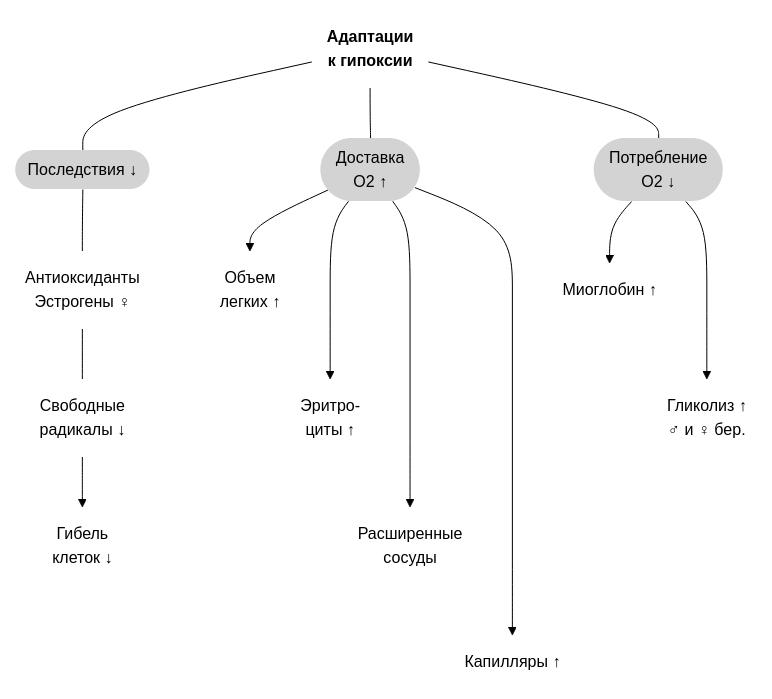
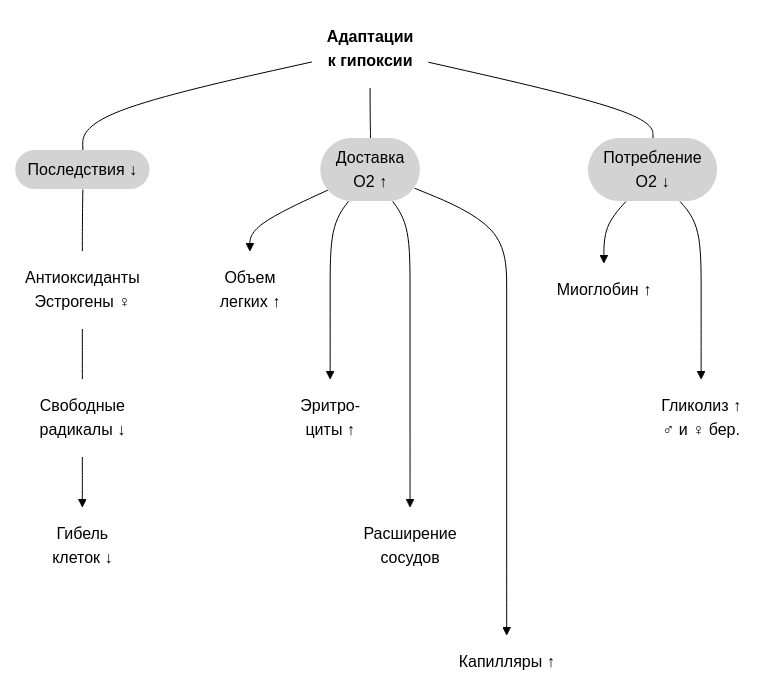
The fifth of 5 diagrams in content/notes/2023-0416-2200.Адаптации к гипоксии.md (ekaterina-o/ekaterina-o.github.io), drawn with Mermaid (forest theme) before and after one commit. The commit also changed other lines of this file, not shown here.

````diff
--- a/content/notes/2023-0416-2200.Адаптации к гипоксии.md
+++ b/content/notes/2023-0416-2200.Адаптации к гипоксии.md
@@ -230,37 +203,37 @@
 ```mermaid
 flowchart TD
 
 ГП("Адаптации\n к гипоксии")
 
 ПС(["Последствия ↓"])
 АН("Антиоксиданты\n Эстрогены ♀")
 СВ("Свободные\n радикалы ↓")
 ГБ("Гибель\n клеток ↓")
 
 ДС(["Доставка\n О2 ↑"])
 ОБ("Объем\n легких ↑")
 ЭР("Эритро-\n циты ↑")
-РС("Расширенные\n сосуды")
+РС("Расширение\n сосудов")
 КП("Капилляры ↑")
 
 ПТ(["Потребление\n О2 ↓"])
 МИО("Миоглобин ↑")
 ГЛ("Гликолиз ↑\n ♂ и ♀ бер.")
 
 ГП --- ПС --- АН --- СВ --> ГБ
 ГП --- ДС --> ОБ
 ДС ---> ЭР
 ДС ----> РС
 ДС -----> КП
 ГП --- ПТ --> МИО
 ПТ ---> ГЛ
 
 class ГП,ПС,АН,СВ,ГБ,ДС,ОБ,ЭР,РС,КП,ПТ,МИО,ГЛ HIDE
 classDef HIDE fill:none,stroke:none
 
 class ПС,ДС,ПТ LGREY
 classDef LGREY fill:lightgrey,stroke:none
 
 class ГП BOLD
 classDef BOLD font-weight:bold
 ```
````
